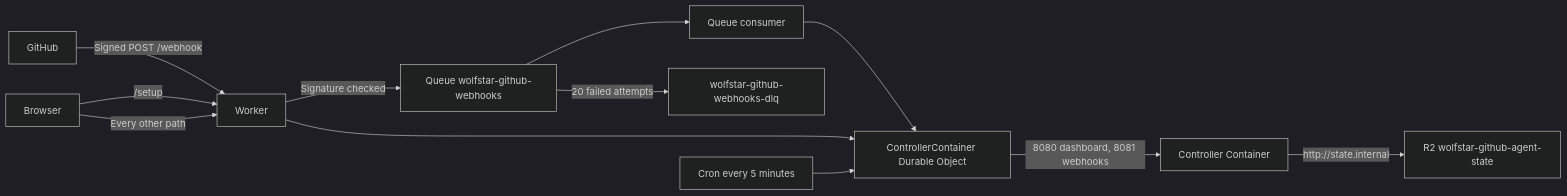
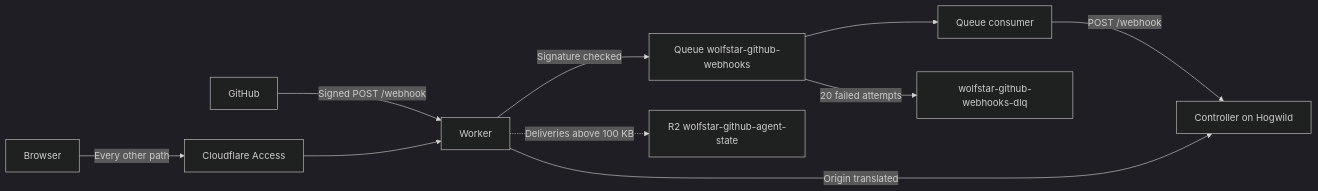
The diagram in packages/wolfstar-github-edge/README.md (wolfstar-project/wolfstar-agent-kit), drawn with Mermaid (dark theme) before and after one commit. The commit also changed other lines of this file and 63 other files, not shown here.

Commit message:
refactor(deploy)!: reduce the edge Worker to a webhook relay and dashboard proxy (#21)

````diff
--- a/packages/wolfstar-github-edge/README.md
+++ b/packages/wolfstar-github-edge/README.md
@@ -7,14 +5,12 @@
 ```mermaid
 flowchart LR
     GitHub -->|Signed POST /webhook| Worker
     Worker -->|Signature checked| Queue[Queue wolfstar-github-webhooks]
     Queue --> Consumer[Queue consumer]
-    Consumer --> DO[ControllerContainer Durable Object]
+    Consumer -->|POST /webhook| Controller[Controller on Hogwild]
     Queue -->|20 failed attempts| DLQ[wolfstar-github-webhooks-dlq]
-    Browser -->|/setup| Worker
-    Browser -->|Every other path| Worker
-    Worker --> DO
-    DO -->|8080 dashboard, 8081 webhooks| Container[Controller Container]
-    Container -->|http://state.internal| R2[R2 wolfstar-github-agent-state]
-    Cron[Cron every 5 minutes] --> DO
+    Browser -->|Every other path| Access[Cloudflare Access]
+    Access --> Worker
+    Worker -->|Origin translated| Controller
+    Worker -.->|Deliveries above 100 KB| R2[R2 wolfstar-github-agent-state]
 ```
````
